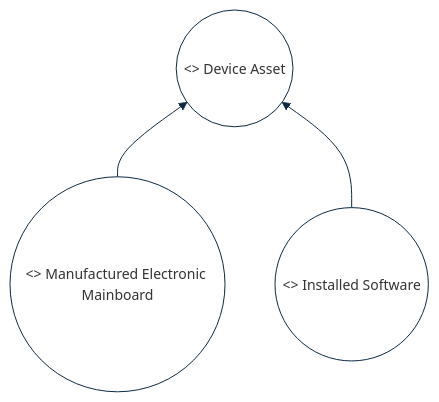
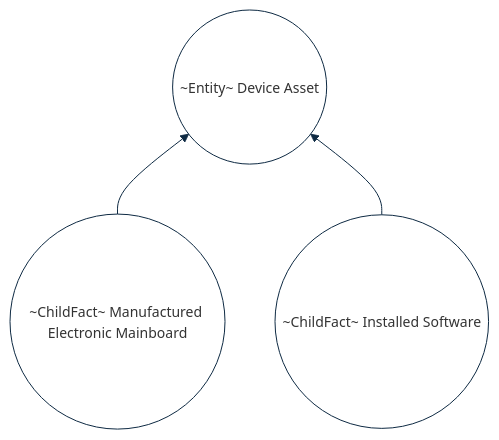
One commit to cybnity/foundation changed the second of 2 diagrams in implementations-line/framework/immutable/README.md. Above: the diagram before and after it, drawn with Mermaid.

````diff
--- a/implementations-line/framework/immutable/README.md
+++ b/implementations-line/framework/immutable/README.md
@@ -135,25 +135,25 @@
 ```mermaid
 %%{
   init: {
     'theme': 'base',
     'themeVariables': {
         'background': '#ffffff',
         'fontFamily': 'arial',
         'fontSize': '14px',
         'primaryColor': '#fff',
         'primaryBorderColor': '#0e2a43',
         'secondaryBorderColor': '#0e2a43',
         'tertiaryBorderColor': '#0e2a43',
         'edgeLabelBackground':'#0e2a43',
         'lineColor': '#0e2a43',
         'tertiaryColor': '#fff'
     }
   }
 }%%
 flowchart BT
-    board((<<ChildFact>> Manufactured Electronic Mainboard)) --> asset((<<Entity>> Device Asset))
-    soft((<<ChildFact>> Installed Software)) --> asset
+    board((~ChildFact~ Manufactured Electronic Mainboard)) --> asset((~Entity~ Device Asset))
+    soft((~ChildFact~ Installed Software)) --> asset
 
 
 
 ```
````
